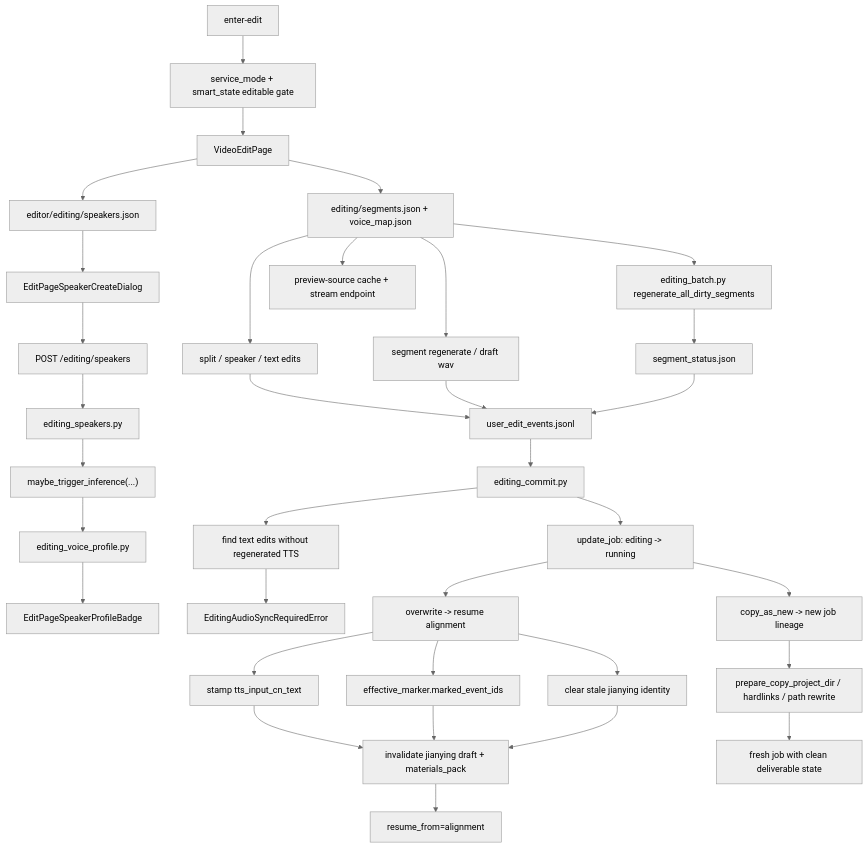
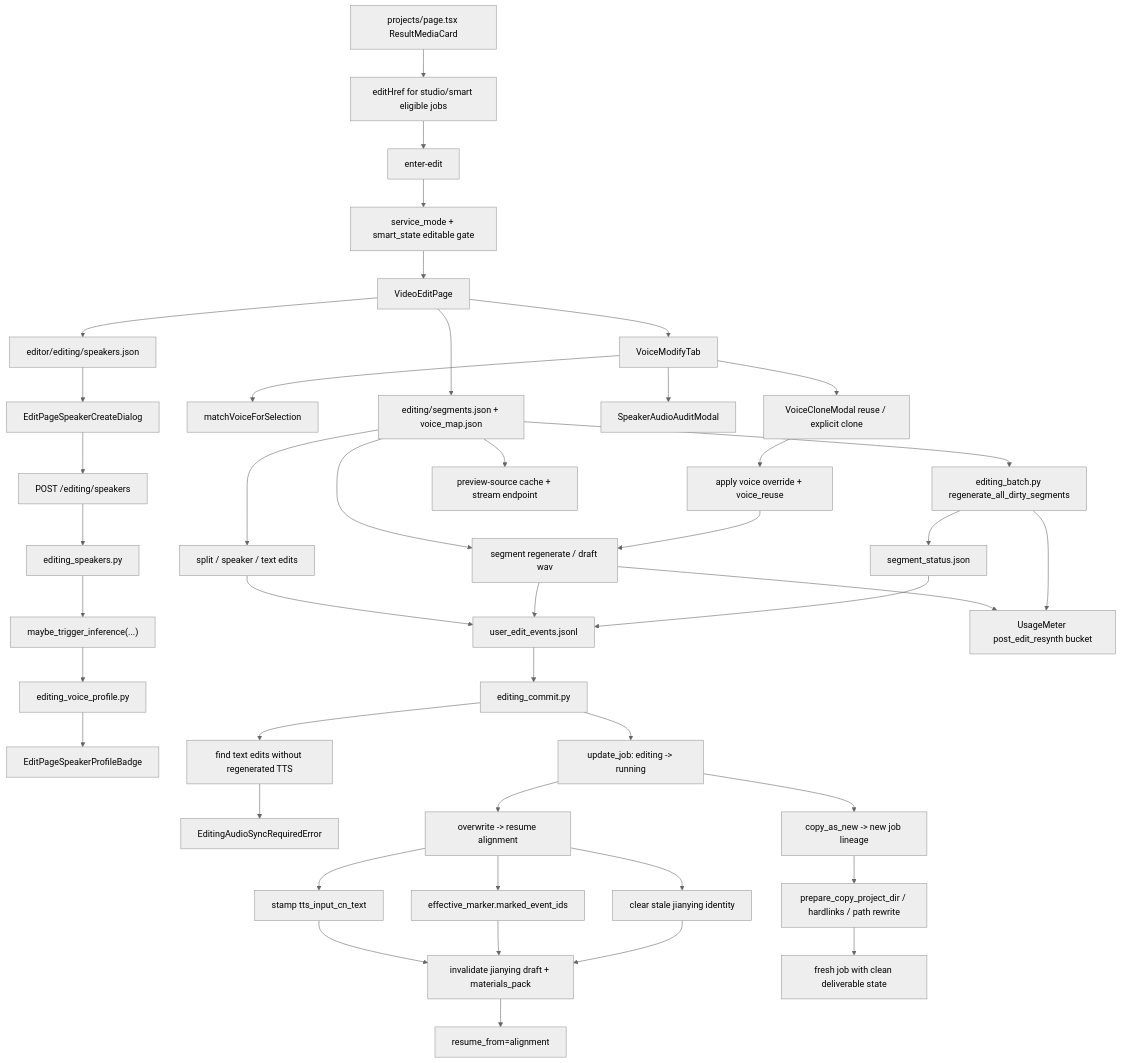
Before and after one commit to sun9bear/AITransVideo: the diagram in docs/graphs/GITNEXUS_EDITING_POST_EDIT_GRAPH.md, drawn with Mermaid (neutral theme). The commit also changed other lines of this file and 8 other files, not shown here.

Commit message:
docs(graphs): refresh GitNexus project maps

````diff
--- a/docs/graphs/GITNEXUS_EDITING_POST_EDIT_GRAPH.md
+++ b/docs/graphs/GITNEXUS_EDITING_POST_EDIT_GRAPH.md
@@ -19,42 +21,52 @@
 ```mermaid
 graph TD
-    EditEntry["enter-edit"] --> ModeGate["service_mode + smart_state editable gate"]
+    Projects["projects/page.tsx ResultMediaCard"] --> EditHref["editHref for studio/smart eligible jobs"]
+    EditHref --> EditEntry["enter-edit"]
+    EditEntry --> ModeGate["service_mode + smart_state editable gate"]
     ModeGate --> EditPage["VideoEditPage"]
     EditPage --> Segments["editing/segments.json + voice_map.json"]
     EditPage --> Speakers["editor/editing/speakers.json"]
+    EditPage --> VoiceModify["VoiceModifyTab"]
+    VoiceModify --> ReuseMatch["matchVoiceForSelection"]
+    VoiceModify --> CloneModal["VoiceCloneModal reuse / explicit clone"]
+    VoiceModify --> AudioAudit["SpeakerAudioAuditModal"]
+    CloneModal --> VoiceOverride["apply voice override + voice_reuse"]
 
     Speakers --> CreateDialog["EditPageSpeakerCreateDialog"]
     CreateDialog --> CreateApi["POST /editing/speakers"]
     CreateApi --> SpeakersSvc["editing_speakers.py"]
     SpeakersSvc --> ProfileKick["maybe_trigger_inference(...)"]
     ProfileKick --> ProfileJob["editing_voice_profile.py"]
     ProfileJob --> ProfileBadge["EditPageSpeakerProfileBadge"]
 
     Segments --> SingleTTS["segment regenerate / draft wav"]
     Segments --> BatchTTS["editing_batch.py regenerate_all_dirty_segments"]
     Segments --> PreviewSource["preview-source cache + stream endpoint"]
     Segments --> Structural["split / speaker / text edits"]
 
+    VoiceOverride --> SingleTTS
     Structural --> Audit["user_edit_events.jsonl"]
     SingleTTS --> Audit
+    SingleTTS --> Usage["UsageMeter post_edit_resynth bucket"]
     BatchTTS --> StatusMap["segment_status.json"]
     StatusMap --> Audit
+    BatchTTS --> Usage
 
     Audit --> Commit["editing_commit.py"]
     Commit --> SyncCheck["find text edits without regenerated TTS"]
     SyncCheck --> Guard["EditingAudioSyncRequiredError"]
     Commit --> Claim["update_job: editing -> running"]
     Claim --> Overwrite["overwrite -> resume alignment"]
     Claim --> CopyNew["copy_as_new -> new job lineage"]
 
     Overwrite --> Stamp["stamp tts_input_cn_text"]
     Overwrite --> Marker["effective_marker.marked_event_ids"]
     Overwrite --> Retire["clear stale jianying identity"]
     Stamp --> Reset["invalidate jianying draft + materials_pack"]
     Marker --> Reset
     Retire --> Reset
     Reset --> Resume["resume_from=alignment"]
 
     CopyNew --> Prepare["prepare_copy_project_dir / hardlinks / path rewrite"]
     Prepare --> NewJob["fresh job with clean deliverable state"]
 ```
````
